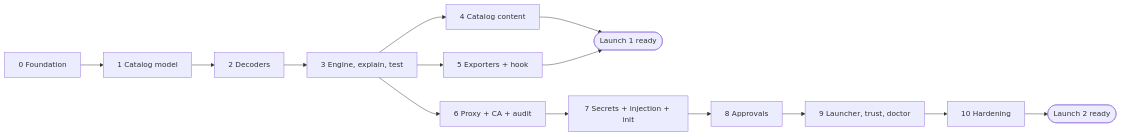
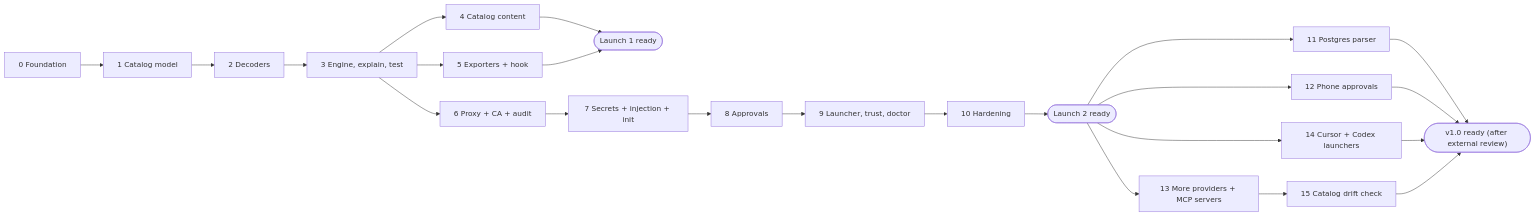
The second of 2 diagrams in docs/BUILD_PLAN.md (rakeshnitb23/opfence), drawn with Mermaid before and after one commit. The commit also changed other lines of this file and 6 other files, not shown here.

````diff
--- a/docs/BUILD_PLAN.md
+++ b/docs/BUILD_PLAN.md
@@ -46,16 +46,25 @@
 ```mermaid
 flowchart LR
   S0["0 Foundation"] --> S1["1 Catalog model"]
   S1 --> S2["2 Decoders"]
   S2 --> S3["3 Engine, explain, test"]
   S3 --> S4["4 Catalog content"]
   S3 --> S5["5 Exporters + hook"]
   S4 --> L1(["Launch 1 ready"])
   S5 --> L1
   S3 --> S6["6 Proxy + CA + audit"]
   S6 --> S7["7 Secrets + injection + init"]
   S7 --> S8["8 Approvals"]
   S8 --> S9["9 Launcher, trust, doctor"]
   S9 --> S10["10 Hardening"]
   S10 --> L2(["Launch 2 ready"])
+  L2 --> S11["11 Postgres parser"]
+  L2 --> S12["12 Phone approvals"]
+  L2 --> S13["13 More providers + MCP servers"]
+  L2 --> S14["14 Cursor + Codex launchers"]
+  S13 --> S15["15 Catalog drift check"]
+  S11 --> V1(["v1.0 ready (after external review)"])
+  S12 --> V1
+  S14 --> V1
+  S15 --> V1
 ```
````
